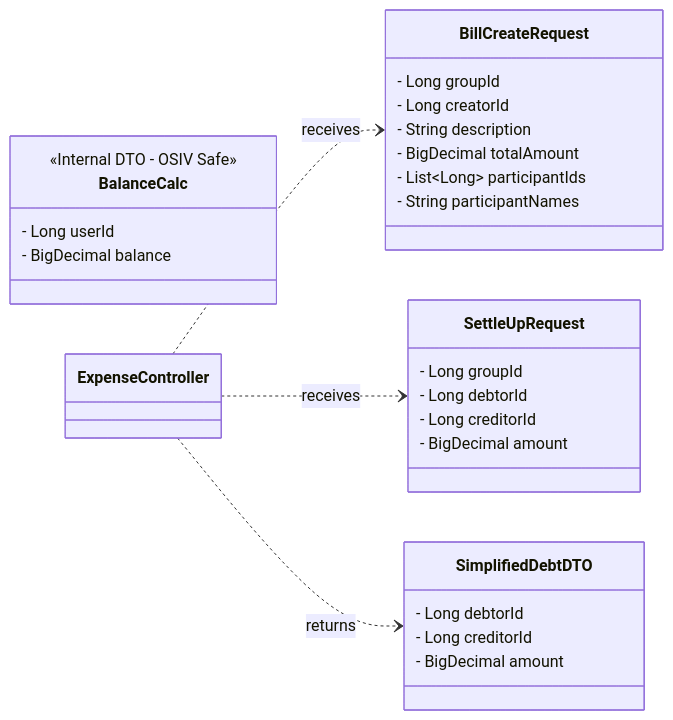
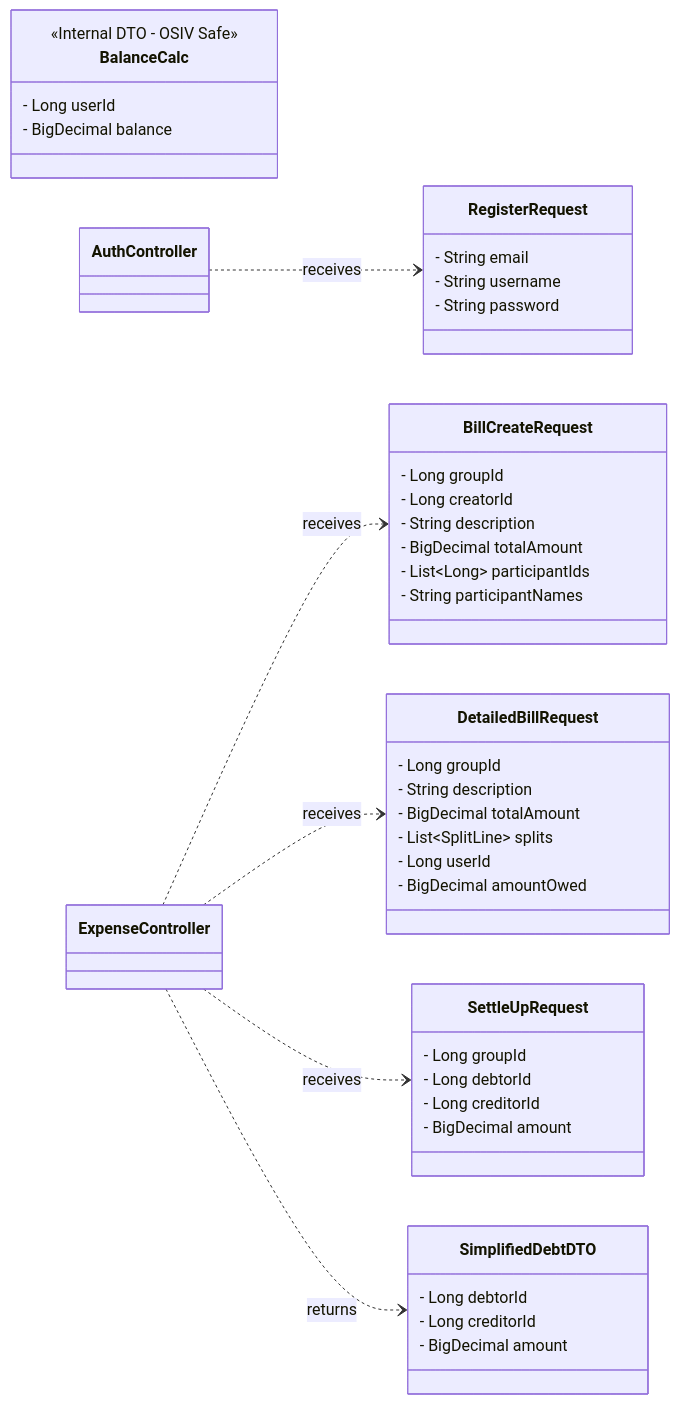
The fifth of 5 diagrams in CLASSDIAGRAM.md (emberfox205/teilr), drawn with Mermaid before and after one commit. The commit also changed other lines of this file, not shown here.

Commit message:
modif: ClassDiagram

````diff
--- a/CLASSDIAGRAM.md
+++ b/CLASSDIAGRAM.md
@@ -287,36 +392,53 @@
 ```mermaid
 classDiagram
     direction LR
+    
+    class RegisterRequest {
+        - String email
+        - String username
+        - String password
+    }
 
     class BillCreateRequest {
         - Long groupId
         - Long creatorId
         - String description
         - BigDecimal totalAmount
         - List~Long~ participantIds
         - String participantNames
+    }
+    
+    class DetailedBillRequest {
+        - Long groupId
+        - String description
+        - BigDecimal totalAmount
+        - List~SplitLine~ splits
+        - Long userId
+        - BigDecimal amountOwed
     }
 
     class SettleUpRequest {
         - Long groupId
         - Long debtorId
         - Long creditorId
         - BigDecimal amount
     }
 
     class SimplifiedDebtDTO {
         - Long debtorId
         - Long creditorId
         - BigDecimal amount
     }
 
     class BalanceCalc {
         <<Internal DTO - OSIV Safe>>
         - Long userId
         - BigDecimal balance
     }
 
+    AuthController ..> RegisterRequest : receives
     ExpenseController ..> BillCreateRequest : receives
+    ExpenseController ..> DetailedBillRequest : receives
     ExpenseController ..> SettleUpRequest : receives
     ExpenseController ..> SimplifiedDebtDTO : returns
 ```
````
